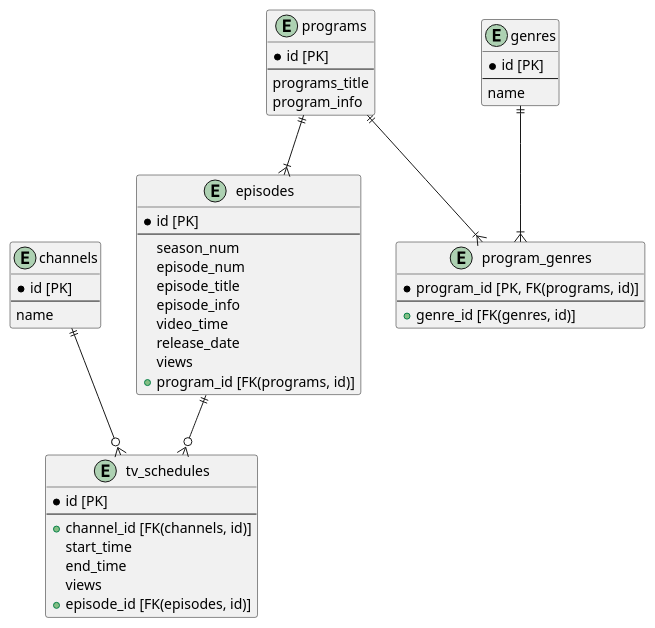
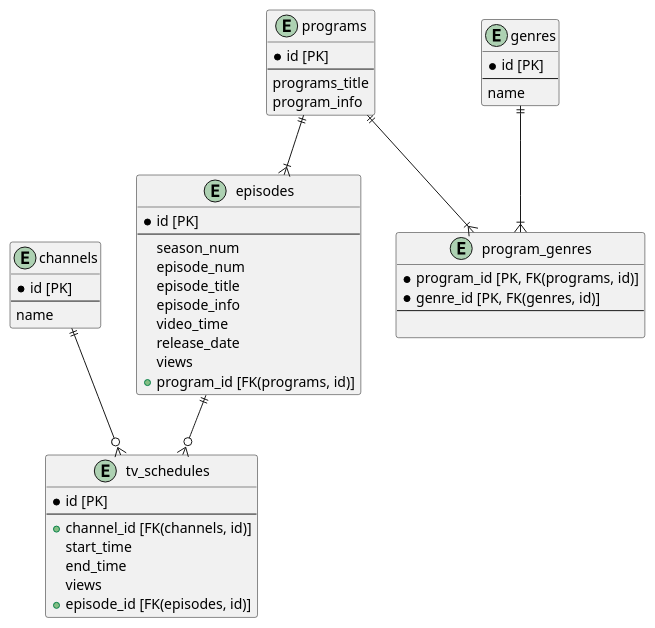
One commit to nobukofu69/apprentice-practice changed the diagram in week5-6/internet_tv.pu. Above: the diagram before and after it, drawn with PlantUML.

Commit message:
genre_idをPKに修正

```diff
--- a/week5-6/internet_tv.pu
+++ b/week5-6/internet_tv.pu
@@ -1,60 +1,60 @@
 @startuml
 skinparam shadowing false
 hide empty members
 
 entity "channels" as channels {
     * id [PK]
     --
     name
 }
 
 entity "programs" as programs {
     * id [PK]
     --
     programs_title
     program_info
 }
 
 entity "episodes" as episodes {
     * id [PK]
     --
     season_num
     episode_num
     episode_title
     episode_info
     video_time
     release_date
     views
     + program_id [FK(programs, id)]
 }
 
 entity "tv_schedules" as tv_schedules {
     * id [PK]
     --
     + channel_id [FK(channels, id)]
     start_time
     end_time
     views
     + episode_id [FK(episodes, id)]
 }
 
 entity "genres" as genres {
     * id [PK]
     --
     name
 }
 
 entity "program_genres" as program_genres {
     * program_id [PK, FK(programs, id)]
+    * genre_id [PK, FK(genres, id)]
     --
-    + genre_id [FK(genres, id)]
+
 }
-
 
 channels ||--o{ tv_schedules
 programs ||--|{ program_genres
 programs ||--|{ episodes
 genres ||--|{ program_genres
 episodes ||--o{ tv_schedules
 
 @enduml
```
